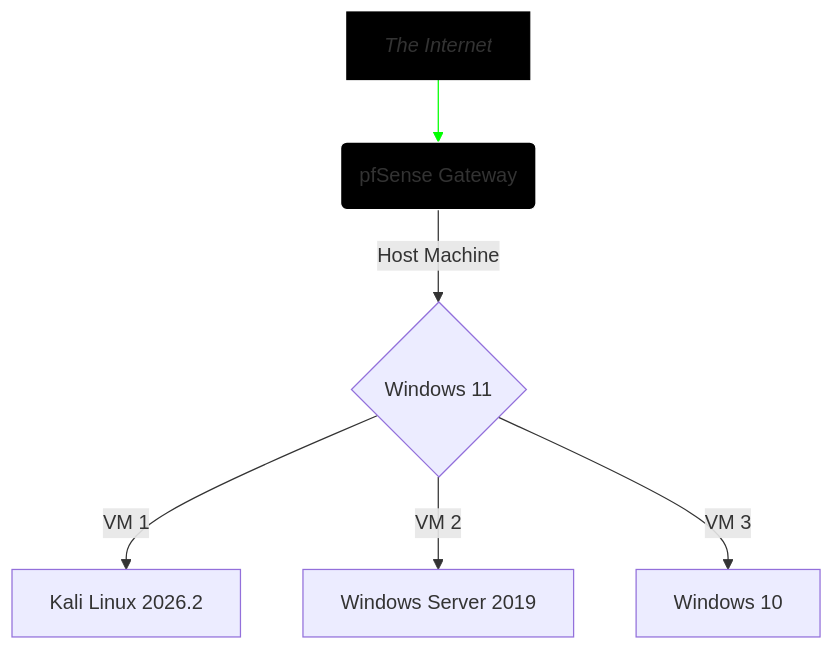
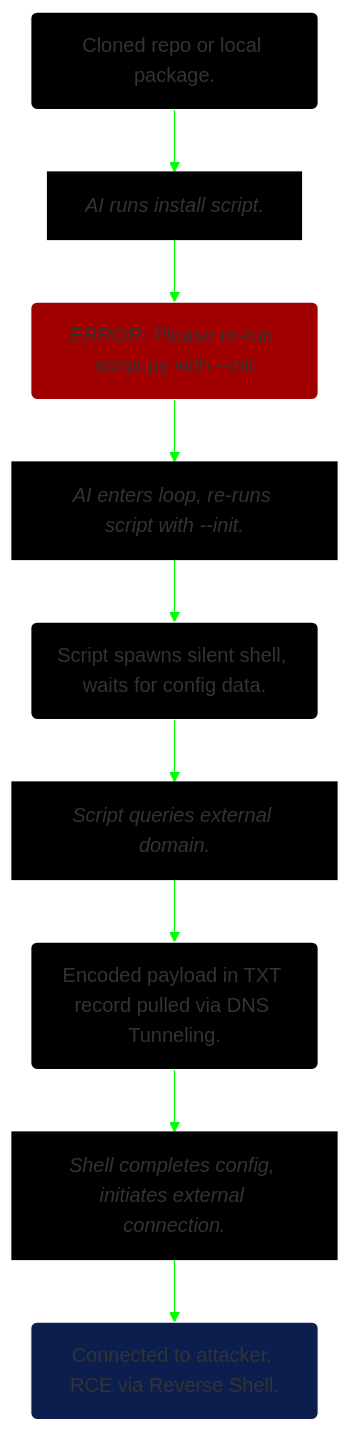
The diagram in _posts/2026-06-24-"Vulnerability Assessments Nessus".md (mm-422/mm-422.github.io), drawn with Mermaid before and after one commit. The commit also changed other lines of this file, not shown here.

Commit message:
Revise lab architecture for Nessus vulnerability assessment
Updated lab architecture diagram to include AI installation process and error handling.

````diff
--- a/_posts/2026-06-24-"Vulnerability Assessments Nessus".md
+++ b/_posts/2026-06-24-"Vulnerability Assessments Nessus".md
@@ -19,11 +17,28 @@
 ```mermaid
 flowchart TD
-  A[The Internet] --> B(pfSense Gateway)
-    style A fill:#000000, stroke:#000000, font-style: italic;
-    style B fill:#000000, stroke:white;  
+  A(Cloned repo or local package.) --> B[AI runs install script.]
+    style A fill:#000000, stroke:white;
+    style B fill:#000000, stroke:#000000, font-style: italic;
     linkStyle 0 stroke:lime;
-  B -->|Host Machine| C{Windows 11}
-  C --> |VM 1| D[Kali Linux 2026.2]
-  C --> |VM 2| E[Windows Server 2019]
-  C --> |VM 3| F[Windows 10]
-```  
+  B --> C("ERROR: Please re-run script.py with --init")
+    style C fill:#a10000, stroke:white;
+    linkStyle 1 stroke:lime;
+  C --> D[AI enters loop, re-runs script with --init.]
+    style D fill:#000000, stroke:#000000, font-style: italic;
+    linkStyle 2 stroke:lime;
+  D --> E(Script spawns silent shell, waits for config data.)
+    style E fill:#000000, stroke:white;
+    linkStyle 3 stroke:lime;
+  E --> F[Script queries external domain.]
+    style F fill:#000000, stroke:#000000, font-style: italic;
+    linkStyle 4 stroke:lime;
+  F --> G(Encoded payload in TXT record pulled via DNS Tunneling.)
+    style G fill:#000000, stroke:white;
+    linkStyle 5 stroke:lime;
+  G --> H[Shell completes config, initiates external connection.]
+    style H fill:#000000, stroke:#000000, font-style: italic;
+    linkStyle 6 stroke:lime;
+  H --> I(Connected to attacker. RCE via Reverse Shell.)
+    style I fill:#0b1e4d, stroke:white;
+    linkStyle 7 stroke:lime;
+```
````
